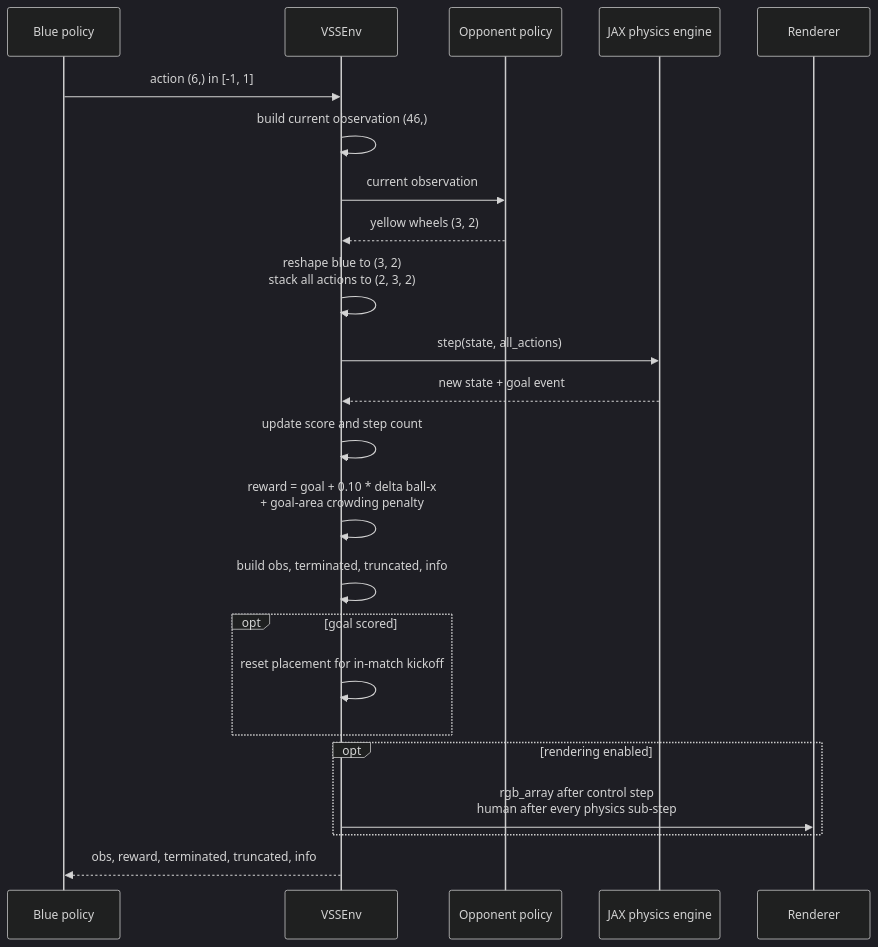
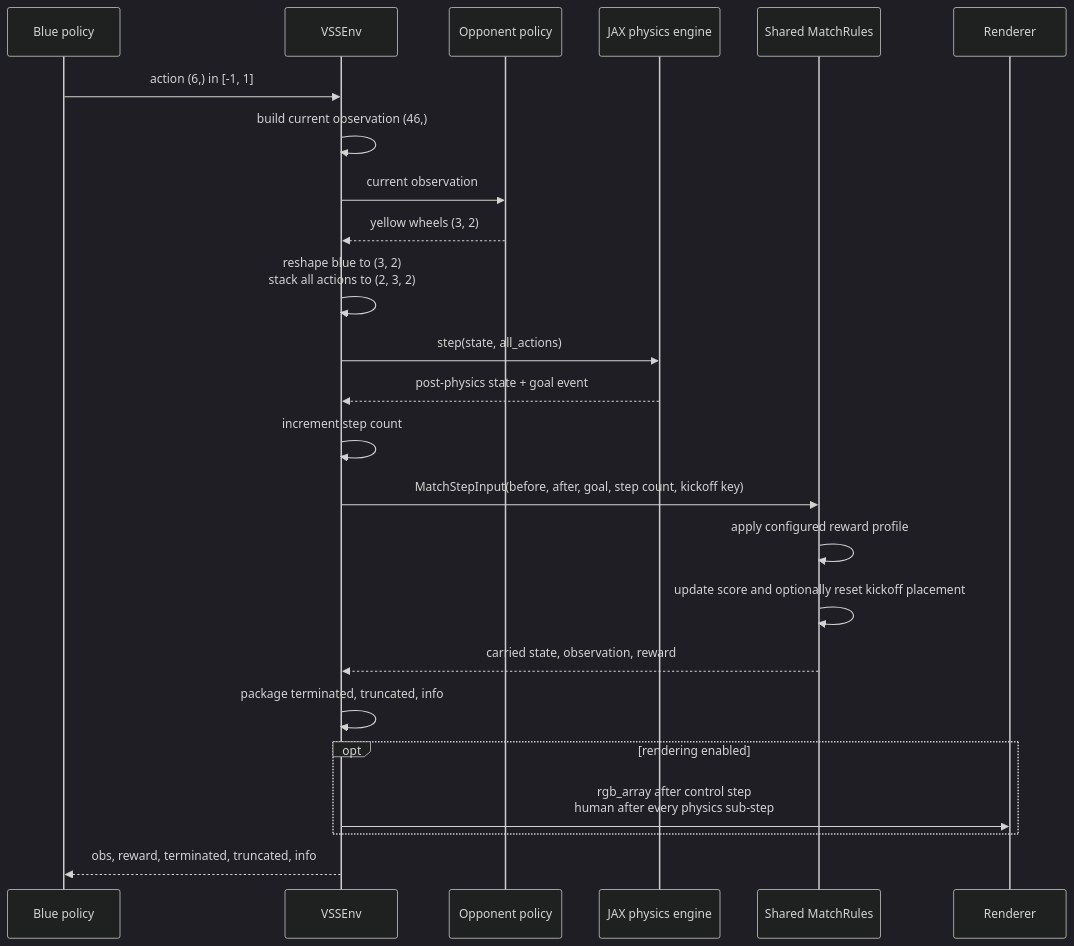
Before and after one commit to canhotuctor/vsss-sim: the second of 8 diagrams in STRUCTURE.md, drawn with Mermaid (dark theme). The commit also changed other lines of this file and 35 other files, not shown here.

Commit message:
Unify match rules and remove SB3

````diff
--- a/STRUCTURE.md
+++ b/STRUCTURE.md
@@ -70,26 +62,27 @@
 ```mermaid
 sequenceDiagram
     participant P as Blue policy
     participant E as VSSEnv
     participant O as Opponent policy
     participant X as JAX physics engine
+    participant M as Shared MatchRules
     participant R as Renderer
 
     P->>E: action (6,) in [-1, 1]
     E->>E: build current observation (46,)
     E->>O: current observation
     O-->>E: yellow wheels (3, 2)
     E->>E: reshape blue to (3, 2)<br/>stack all actions to (2, 3, 2)
     E->>X: step(state, all_actions)
-    X-->>E: new state + goal event
-    E->>E: update score and step count
-    E->>E: reward = goal + 0.10 * delta ball-x<br/>+ goal-area crowding penalty
-    E->>E: build obs, terminated, truncated, info
-    opt goal scored
-        E->>E: reset placement for in-match kickoff
-    end
+    X-->>E: post-physics state + goal event
+    E->>E: increment step count
+    E->>M: MatchStepInput(before, after, goal, step count, kickoff key)
+    M->>M: apply configured reward profile
+    M->>M: update score and optionally reset kickoff placement
+    M-->>E: carried state, observation, reward
+    E->>E: package terminated, truncated, info
     opt rendering enabled
         E->>R: rgb_array after control step<br/>human after every physics sub-step
     end
     E-->>P: obs, reward, terminated, truncated, info
 ```
````
